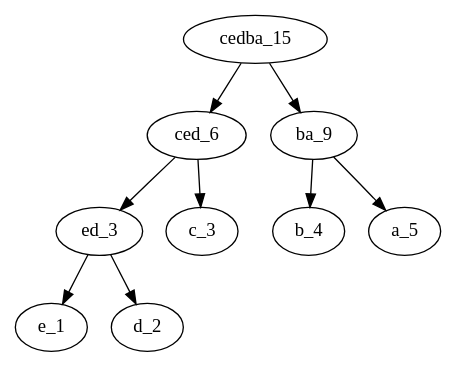
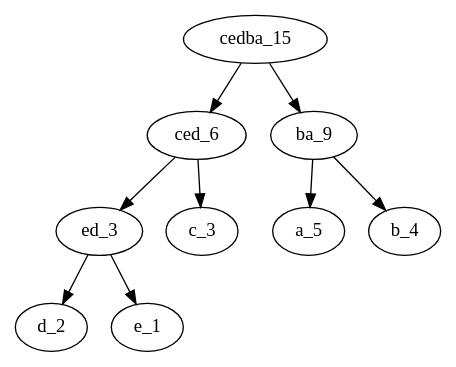
The diagram in huffman/graph.gv (CamilaMoser/Huffman), drawn with Graphviz before and after one commit. The commit also changed other lines of this file and 6 other files, not shown here.

```diff
--- a/huffman/graph.gv
+++ b/huffman/graph.gv
@@ -1,10 +1,10 @@
 digraph {
 cedba_15 -> ced_6;
 ced_6 -> ed_3;
+ed_3 -> d_2;
 ed_3 -> e_1;
-ed_3 -> d_2;
 ced_6 -> c_3;
 cedba_15 -> ba_9;
+ba_9 -> a_5;
 ba_9 -> b_4;
-ba_9 -> a_5;
 }
```
